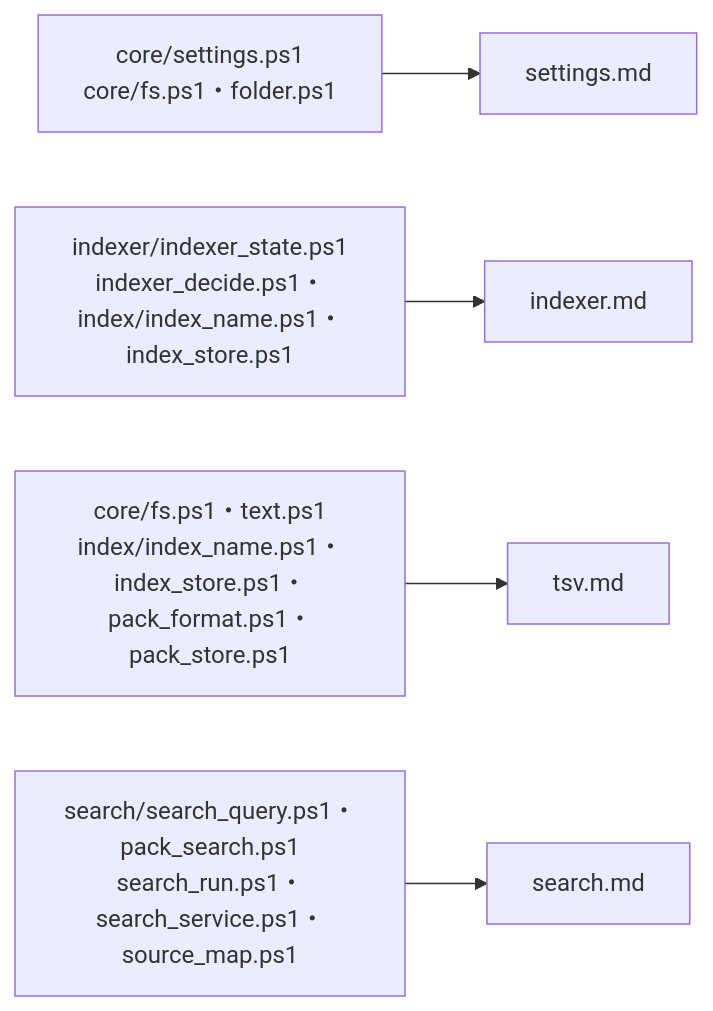
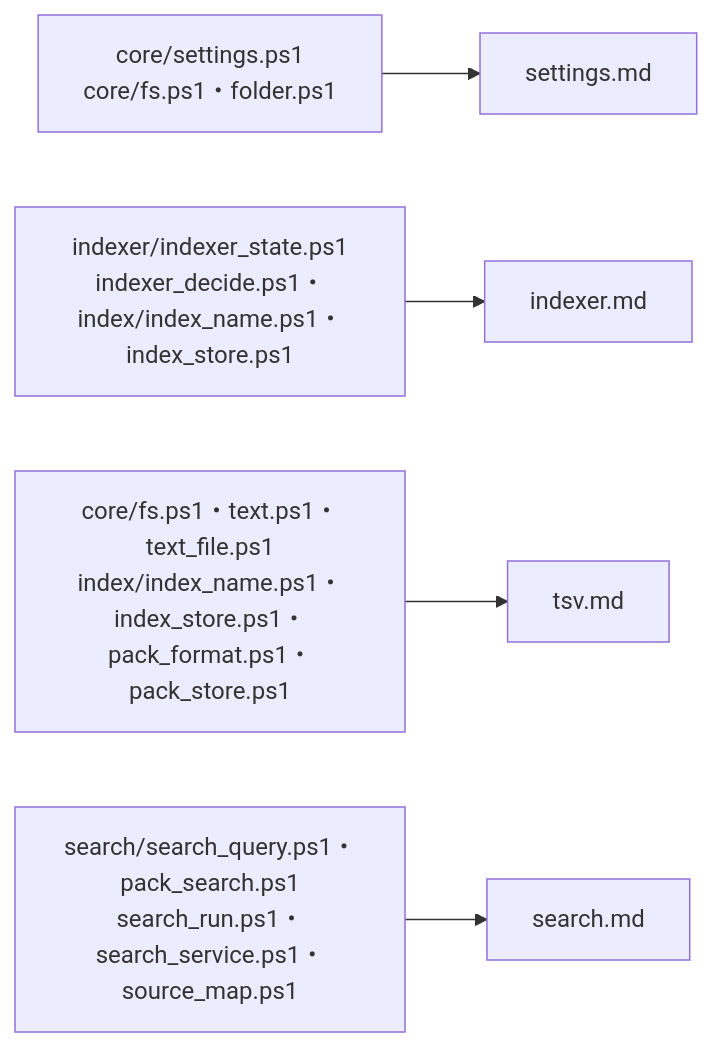
Before and after one commit to hsgwa/tebunko: the first of 3 diagrams in docs/design/reference/index.md, drawn with Mermaid. The commit also changed other lines of this file and 21 other files, not shown here.

````diff
--- a/docs/design/reference/index.md
+++ b/docs/design/reference/index.md
@@ -12,7 +12,7 @@
 ```mermaid
 flowchart LR
     settings["core/settings.ps1<br>core/fs.ps1・folder.ps1"] --> P1["settings.md"]
     indexer["indexer/indexer_state.ps1<br>indexer_decide.ps1・index/index_name.ps1・index_store.ps1"] --> P2["indexer.md"]
-    tsv["core/fs.ps1・text.ps1<br>index/index_name.ps1・index_store.ps1・pack_format.ps1・pack_store.ps1"] --> P3["tsv.md"]
+    tsv["core/fs.ps1・text.ps1・text_file.ps1<br>index/index_name.ps1・index_store.ps1・pack_format.ps1・pack_store.ps1"] --> P3["tsv.md"]
     search["search/search_query.ps1・pack_search.ps1<br>search_run.ps1・search_service.ps1・source_map.ps1"] --> P4["search.md"]
 ```
````
